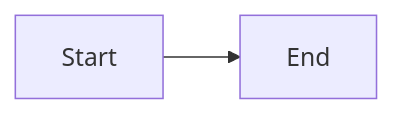
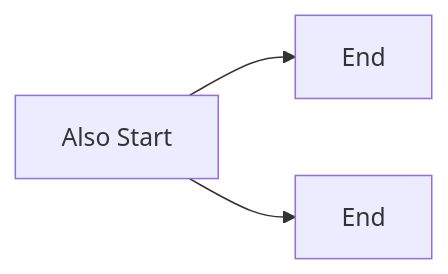
Before and after one commit to jasonworden/mermaid-lint: the diagram in docs/semantic-rules.md, drawn with Mermaid. The commit also changed other lines of this file and 32 other files, not shown here.

````diff
--- a/docs/semantic-rules.md
+++ b/docs/semantic-rules.md
@@ -97,5 +101,6 @@
 ```mermaid
-%% mermaid-lint-disable duplicate-ids
 flowchart LR
   A[Start] --> B[End]
+%% mermaid-lint-disable-next-line duplicate-ids: ids collide upstream
+  A[Also Start] --> C[End]
 ```
````
